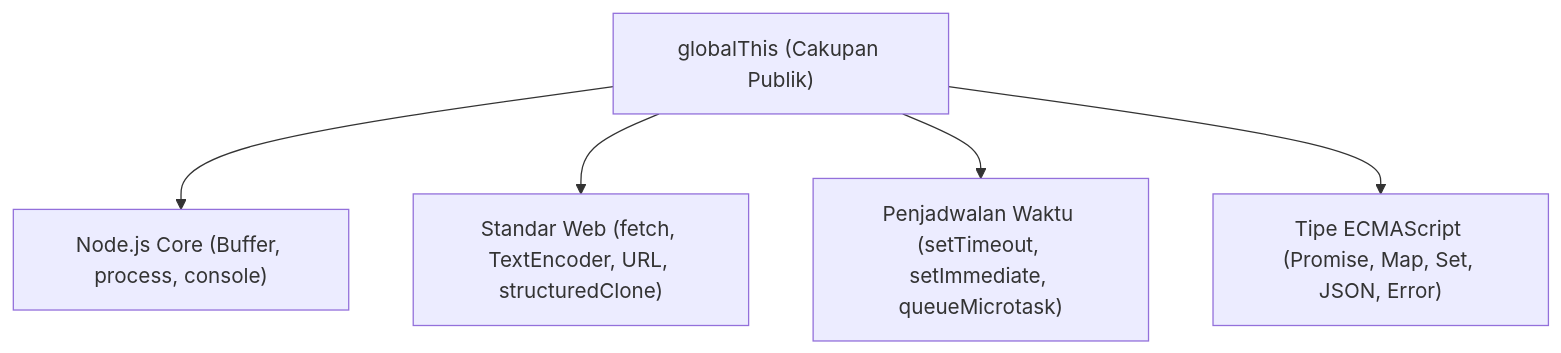
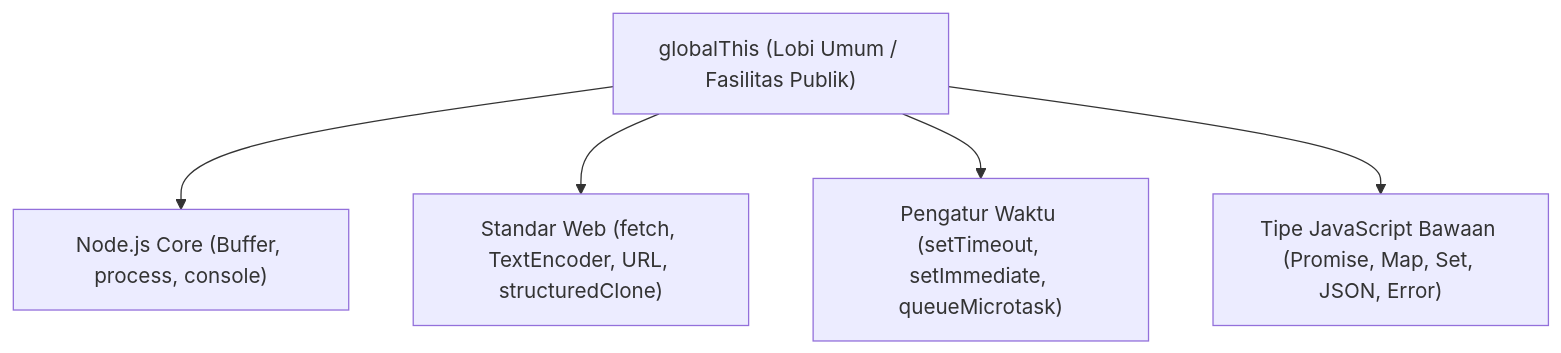
Before and after one commit to san4byte/nodejs-handbook: the diagram in 01-core-modules/02-globals/README.md, drawn with Mermaid. The commit also changed other lines of this file and 64 other files, not shown here.

````diff
--- a/01-core-modules/02-globals/README.md
+++ b/01-core-modules/02-globals/README.md
@@ -25,7 +26,7 @@
 ```mermaid
 flowchart TD
-    GT["globalThis (Cakupan Publik)"] --> CORE["Node.js Core (Buffer, process, console)"]
+    GT["globalThis (Lobi Umum / Fasilitas Publik)"] --> CORE["Node.js Core (Buffer, process, console)"]
     GT --> WEB["Standar Web (fetch, TextEncoder, URL, structuredClone)"]
-    GT --> TIMERS["Penjadwalan Waktu (setTimeout, setImmediate, queueMicrotask)"]
-    GT --> ES["Tipe ECMAScript (Promise, Map, Set, JSON, Error)"]
+    GT --> TIMERS["Pengatur Waktu (setTimeout, setImmediate, queueMicrotask)"]
+    GT --> ES["Tipe JavaScript Bawaan (Promise, Map, Set, JSON, Error)"]
 ```
````
